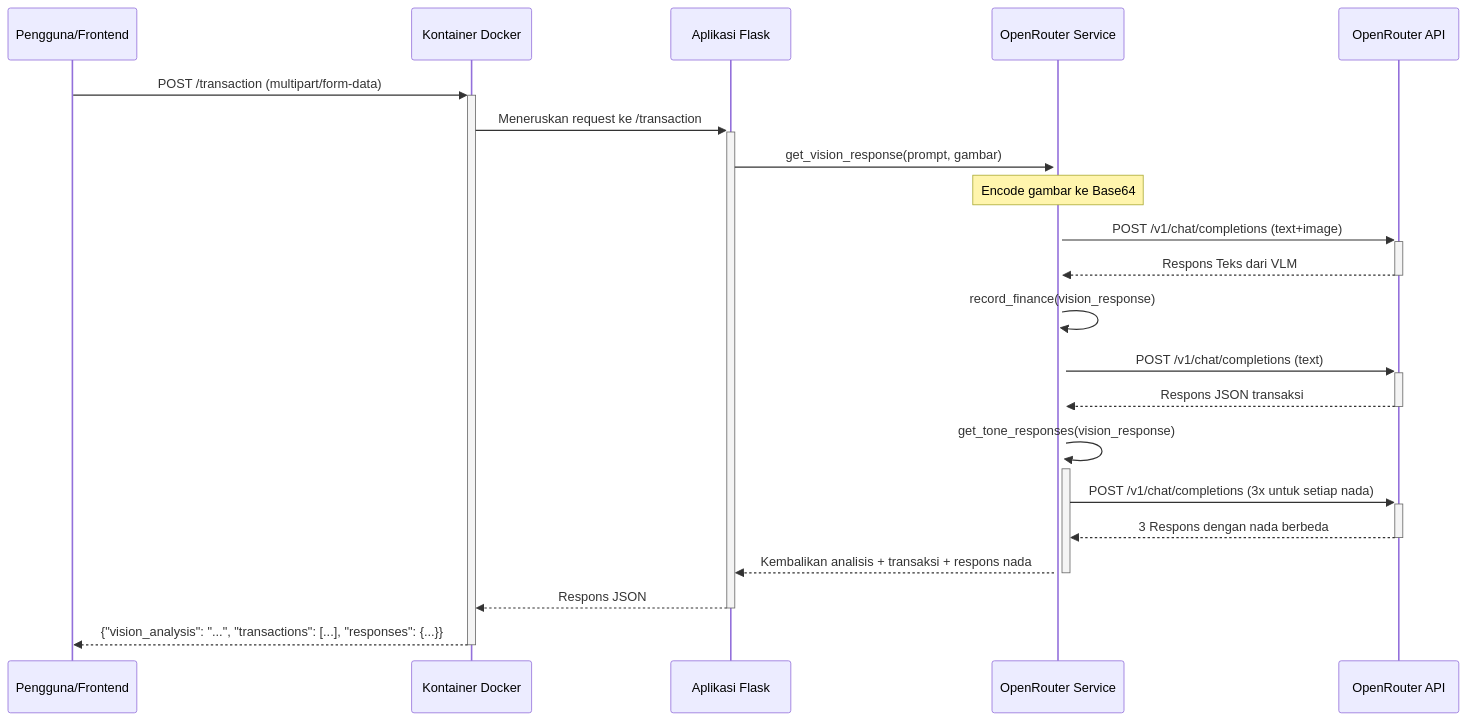
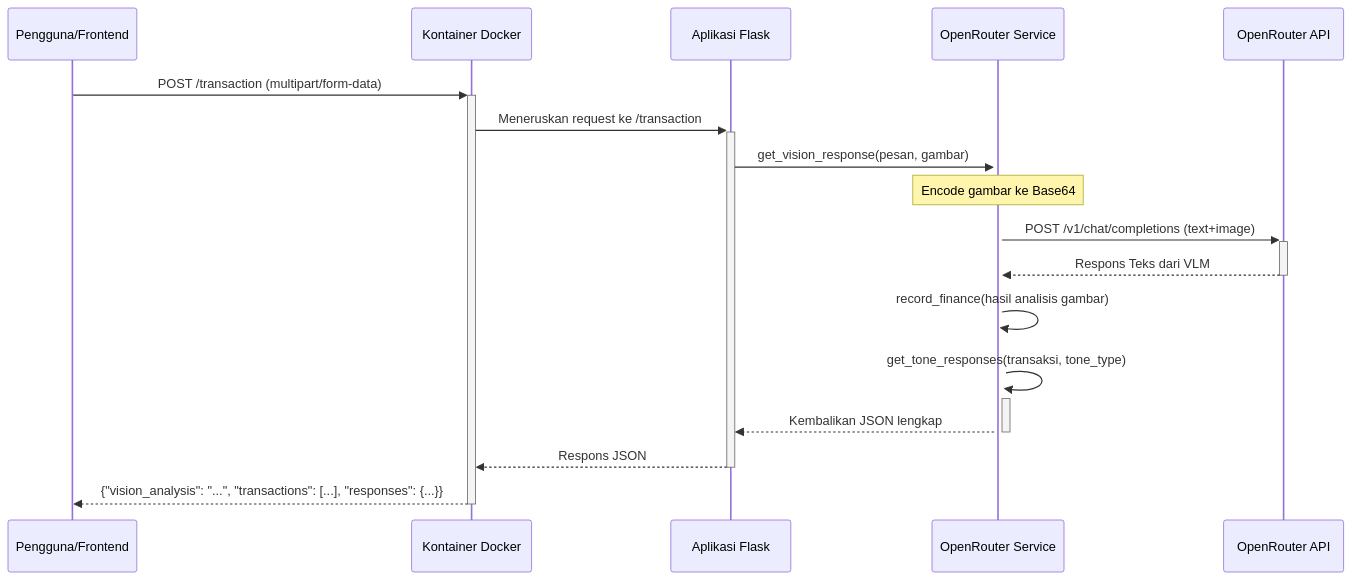
The fourth of 4 diagrams in README.md (eldntr/ai-moneyvesto), drawn with Mermaid before and after one commit. The commit also changed other lines of this file and 1 other file, not shown here.

````diff
--- a/README.md
+++ b/README.md
@@ -173,24 +173,20 @@
 ```mermaid
 sequenceDiagram
     participant Klien as Pengguna/Frontend
     participant Docker as Kontainer Docker
     participant Flask as Aplikasi Flask
     participant Service as OpenRouter Service
     participant OpenRouter as OpenRouter API
 
     Klien->>+Docker: POST /transaction (multipart/form-data)
     Docker->>+Flask: Meneruskan request ke /transaction
-    Flask->>+Service: get_vision_response(prompt, gambar)
+    Flask->>+Service: get_vision_response(pesan, gambar)
     Note over Service: Encode gambar ke Base64
     Service->>+OpenRouter: POST /v1/chat/completions (text+image)
     OpenRouter-->>-Service: Respons Teks dari VLM
-    Service->>+Service: record_finance(vision_response)
-    Service->>+OpenRouter: POST /v1/chat/completions (text)
-    OpenRouter-->>-Service: Respons JSON transaksi
-    Service->>+Service: get_tone_responses(vision_response)
-    Service->>+OpenRouter: POST /v1/chat/completions (3x untuk setiap nada)
-    OpenRouter-->>-Service: 3 Respons dengan nada berbeda
-    Service-->>-Flask: Kembalikan analisis + transaksi + respons nada
+    Service->>+Service: record_finance(hasil analisis gambar)
+    Service->>+Service: get_tone_responses(transaksi, tone_type)
+    Service-->>-Flask: Kembalikan JSON lengkap
     Flask-->>-Docker: Respons JSON
     Docker-->>-Klien: {"vision_analysis": "...", "transactions": [...], "responses": {...}}
 ```
````
